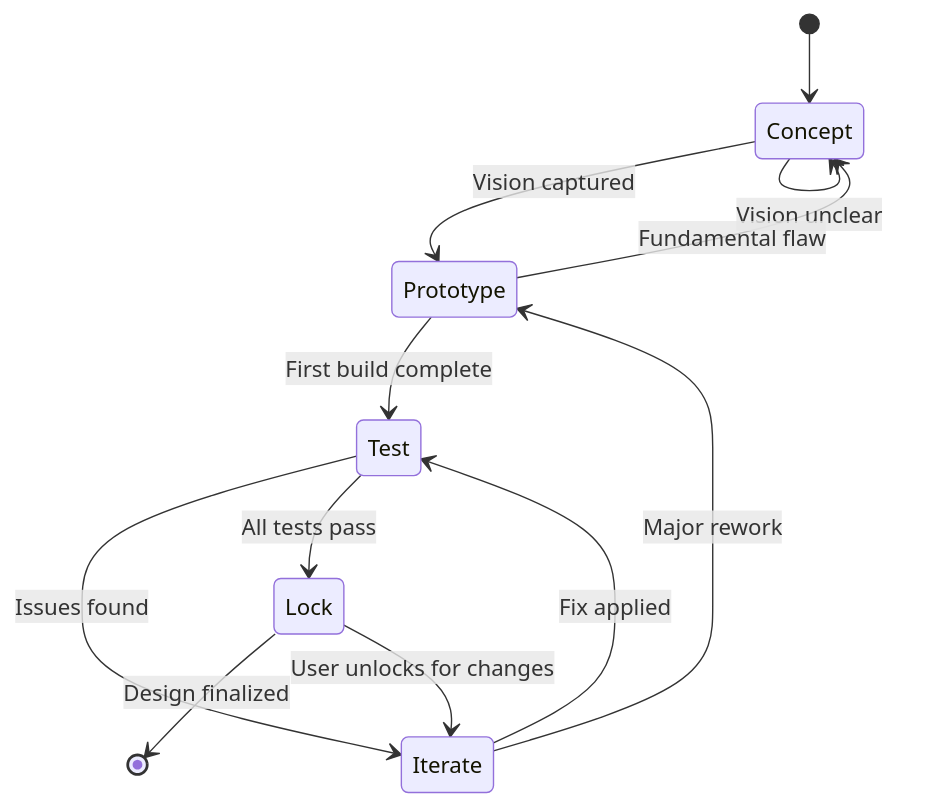
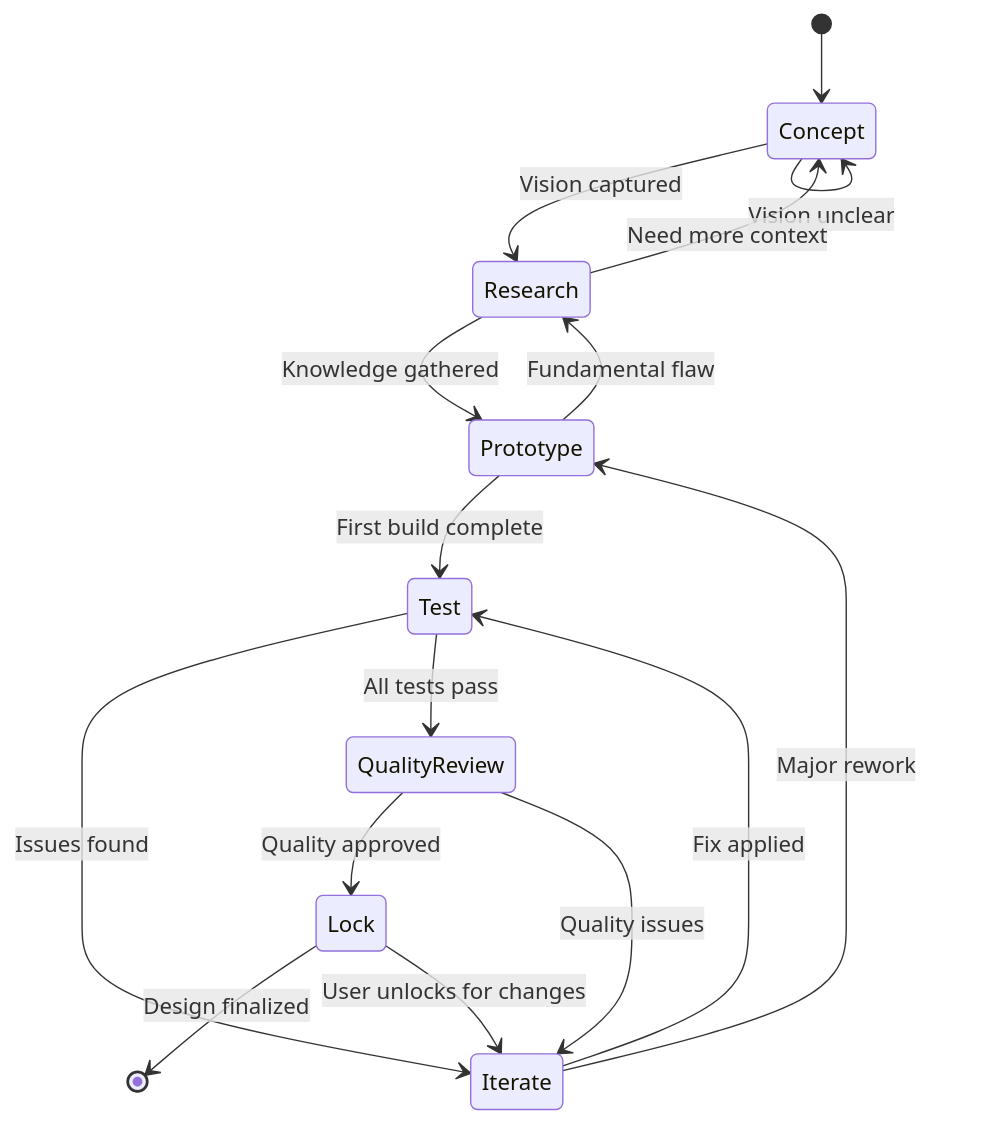
One commit to Abhishekv87bit/kinetic-forge-studio changed the second of 2 diagrams in 3d_design_agent/docs/STATE_MACHINES.md. Above: the diagram before and after it, drawn with Mermaid. The commit also changed other lines of this file and 6 other files, not shown here.

````diff
--- a/3d_design_agent/docs/STATE_MACHINES.md
+++ b/3d_design_agent/docs/STATE_MACHINES.md
@@ -163,19 +140,25 @@
 ```mermaid
 stateDiagram-v2
     [*] --> Concept
 
-    Concept --> Prototype: Vision captured
+    Concept --> Research: Vision captured
     Concept --> Concept: Vision unclear
 
+    Research --> Prototype: Knowledge gathered
+    Research --> Concept: Need more context
+
     Prototype --> Test: First build complete
-    Prototype --> Concept: Fundamental flaw
+    Prototype --> Research: Fundamental flaw
 
     Test --> Iterate: Issues found
-    Test --> Lock: All tests pass
+    Test --> QualityReview: All tests pass
+
+    QualityReview --> Lock: Quality approved
+    QualityReview --> Iterate: Quality issues
 
     Iterate --> Test: Fix applied
     Iterate --> Prototype: Major rework
 
     Lock --> [*]: Design finalized
     Lock --> Iterate: User unlocks for changes
 ```
````
